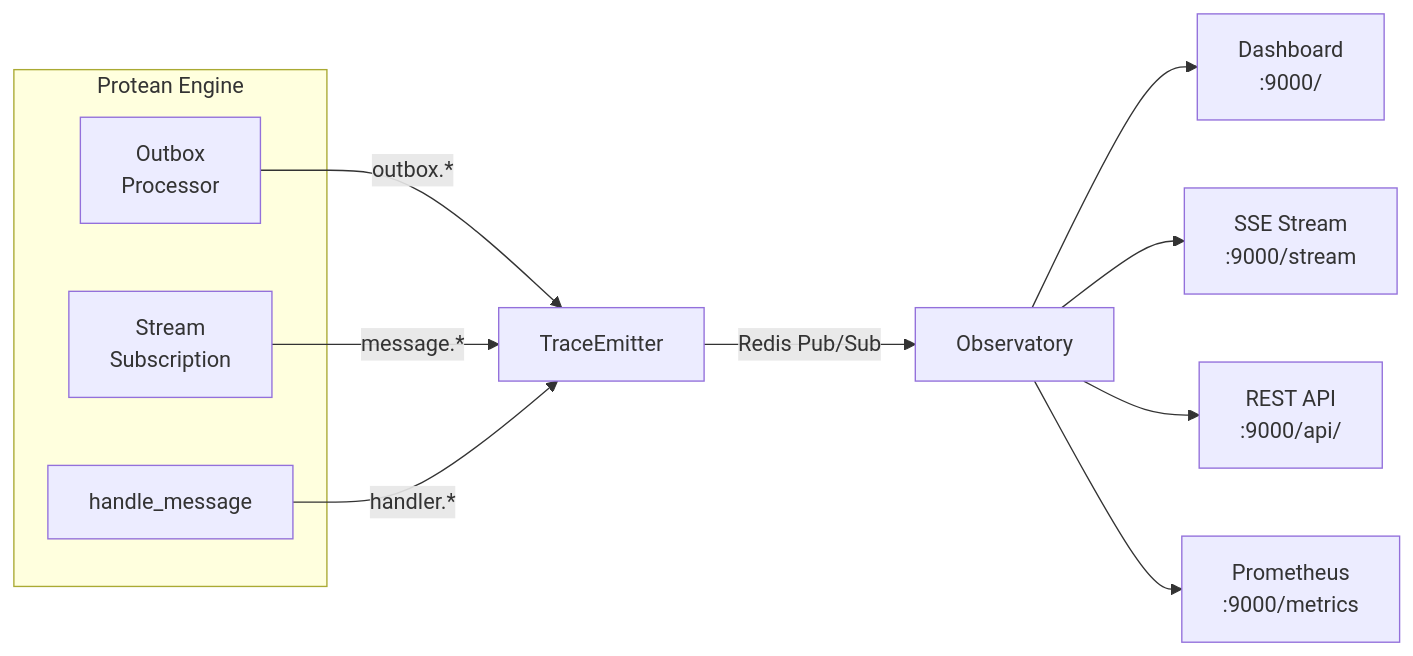
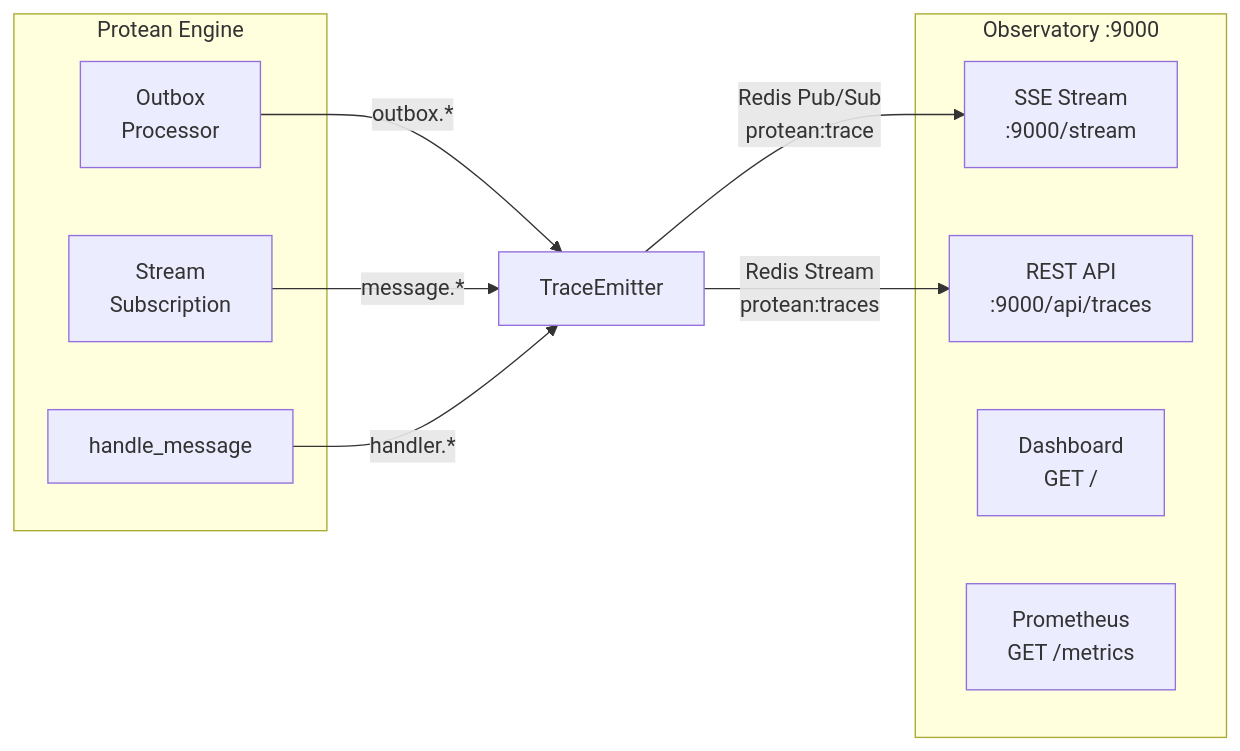
Before and after one commit to proteanhq/protean: the diagram in docs/guides/server/observability.md, drawn with Mermaid. The commit also changed other lines of this file and 8 other files, not shown here.

````diff
--- a/docs/guides/server/observability.md
+++ b/docs/guides/server/observability.md
@@ -13,19 +13,22 @@
 ```mermaid
 graph LR
     subgraph "Protean Engine"
         OP[Outbox<br/>Processor]
         SS[Stream<br/>Subscription]
         HM[handle_message]
     end
 
     OP -- "outbox.*" --> TE[TraceEmitter]
     SS -- "message.*" --> TE
     HM -- "handler.*" --> TE
 
-    TE -- "Redis Pub/Sub" --> OB[Observatory]
+    TE -- "Redis Pub/Sub<br/>protean:trace" --> SSE[SSE Stream<br/>:9000/stream]
+    TE -- "Redis Stream<br/>protean:traces" --> API[REST API<br/>:9000/api/traces]
 
-    OB --> DASH[Dashboard<br/>:9000/]
-    OB --> SSE[SSE Stream<br/>:9000/stream]
-    OB --> API[REST API<br/>:9000/api/]
-    OB --> PROM[Prometheus<br/>:9000/metrics]
+    subgraph "Observatory :9000"
+        DASH[Dashboard<br/>GET /]
+        SSE
+        API
+        PROM[Prometheus<br/>GET /metrics]
+    end
 ```
````
